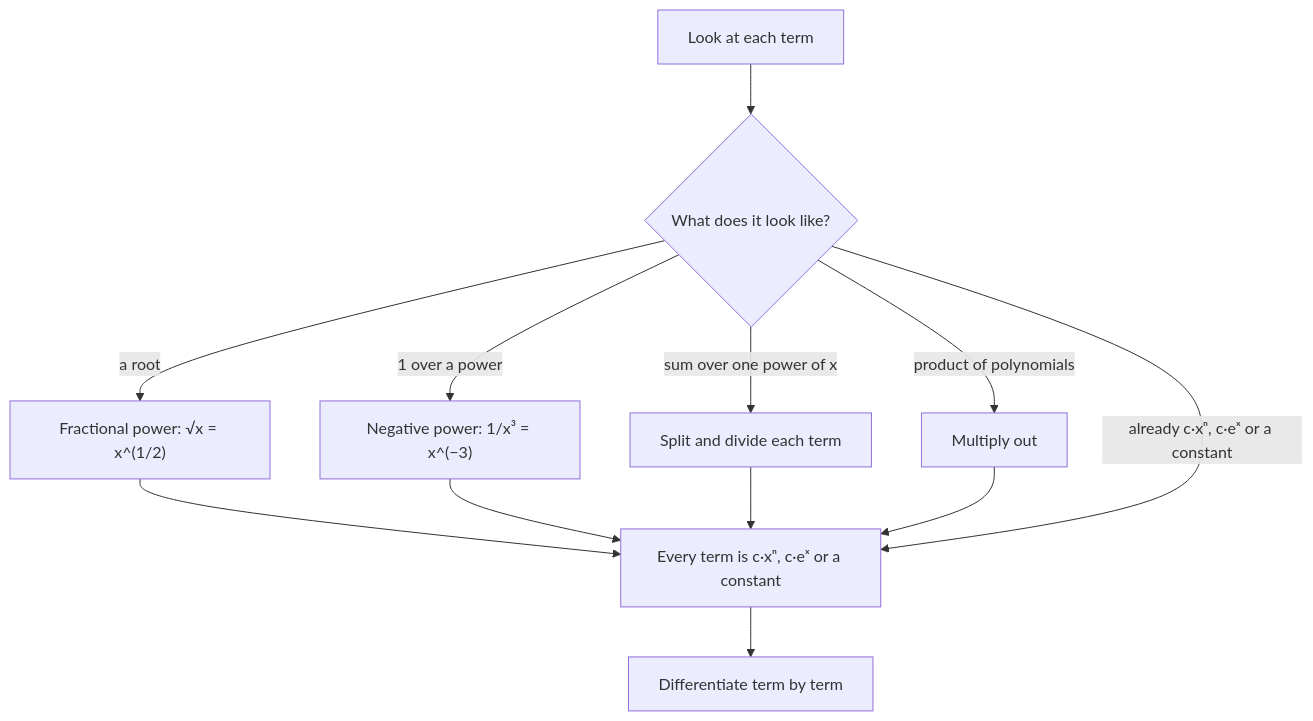
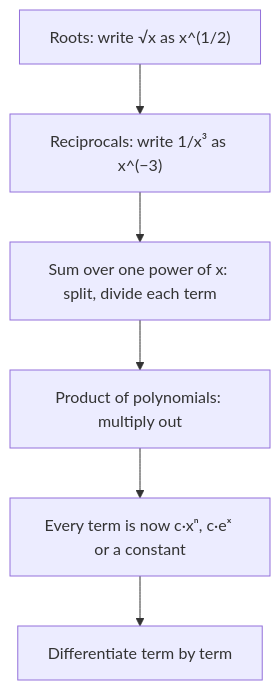
Before and after one commit to Aziliz/erudior: the diagram in content/math/calculus/lessons/08-basic-rules.md, drawn with Mermaid. The commit also changed 78 other files, not shown here.

````diff
--- a/content/math/calculus/lessons/08-basic-rules.md
+++ b/content/math/calculus/lessons/08-basic-rules.md
@@ -62,16 +62,10 @@
 ```mermaid
 flowchart TD
   accTitle: Rewriting before you differentiate
-  accDescr: Look at each term. A root becomes a fractional power, for example the square root of x becomes x to the one half. One over a power of x becomes a negative power. A sum divided by a single power of x is split and each piece divided. A product of polynomials is multiplied out. Once every term is a constant times x to a power, a constant times e to the x, or a constant, use the power rule, the e to the x rule and the constant rule term by term.
-  A["Look at each term"] --> B{"What does it look like?"}
-  B -- "a root" --> R["Fractional power: √x = x^(1/2)"]
-  B -- "1 over a power" --> Q["Negative power: 1/x³ = x^(−3)"]
-  B -- "sum over one power of x" --> S["Split and divide each term"]
-  B -- "product of polynomials" --> P["Multiply out"]
-  R --> D["Every term is c·xⁿ, c·eˣ or a constant"]
-  Q --> D
-  S --> D
-  P --> D
-  B -- "already c·xⁿ, c·eˣ or a constant" --> D
-  D --> E["Differentiate term by term"]
+  accDescr: A checklist, top to bottom. Write roots as fractional powers, for example the square root of x as x to the one half. Write one over a power of x as a negative power, for example 1 over x cubed as x to the minus 3. Split a sum divided by a single power of x and divide each term. Multiply out a product of polynomials. Now every term is a constant times a power of x, a constant times e to the x, or a constant, so differentiate term by term with the power, e to the x and constant rules.
+  A["Roots: write √x as x^(1/2)"] --> B["Reciprocals: write 1/x³ as x^(−3)"]
+  B --> C["Sum over one power of x: split, divide each term"]
+  C --> D["Product of polynomials: multiply out"]
+  D --> E["Every term is now c·xⁿ, c·eˣ or a constant"]
+  E --> F["Differentiate term by term"]
 ```
````
